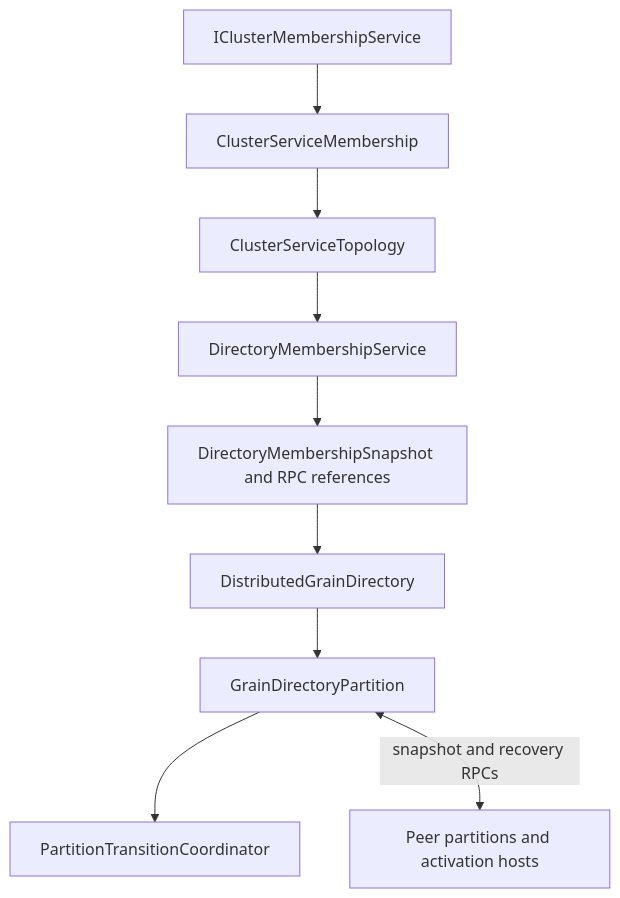
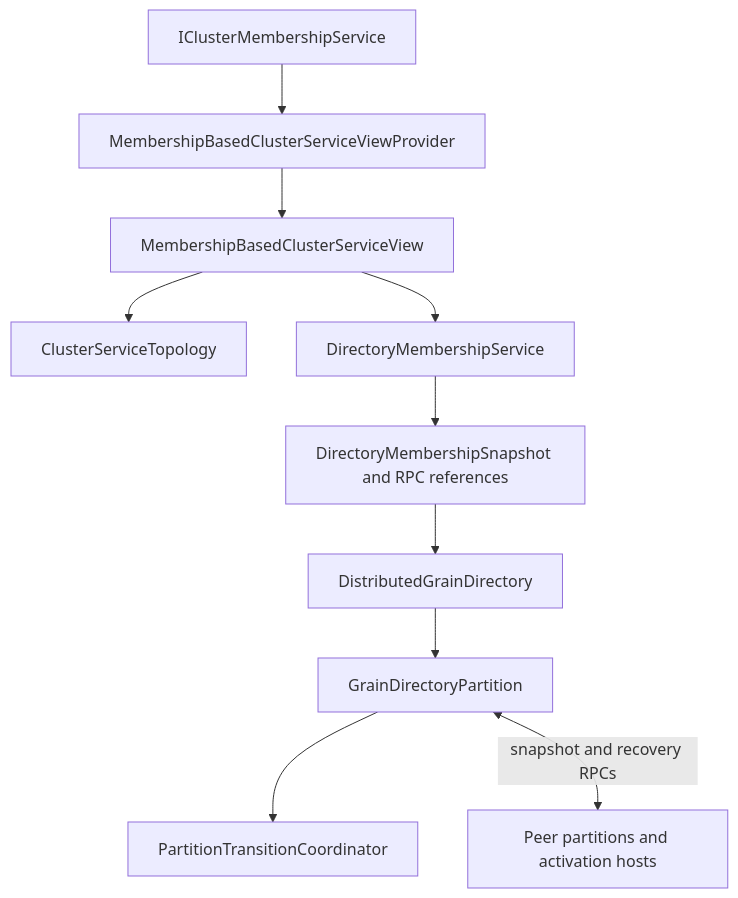
The first of 2 diagrams in docs/site/src/content/docs/implementation/view-synchronous-cluster-services.md (ReubenBond/orleans), drawn with Mermaid before and after one commit. The commit also changed other lines of this file and 20 other files, not shown here.

Commit message:
refactor(runtime): introduce per-service view providers

````diff
--- a/docs/site/src/content/docs/implementation/view-synchronous-cluster-services.md
+++ b/docs/site/src/content/docs/implementation/view-synchronous-cluster-services.md
@@ -87,11 +109,12 @@
 ```mermaid
 flowchart TD
-    Membership[IClusterMembershipService] --> Projection[ClusterServiceMembership]
-    Projection --> Topology[ClusterServiceTopology]
-    Topology --> Adapter[DirectoryMembershipService]
+    Membership[IClusterMembershipService] --> Projection[MembershipBasedClusterServiceViewProvider]
+    Projection --> View[MembershipBasedClusterServiceView]
+    View --> Topology[ClusterServiceTopology]
+    View --> Adapter[DirectoryMembershipService]
     Adapter --> Routing[DirectoryMembershipSnapshot and RPC references]
     Routing --> Directory[DistributedGrainDirectory]
     Directory --> Partition[GrainDirectoryPartition]
     Partition --> Gates[PartitionTransitionCoordinator]
     Partition <-->|snapshot and recovery RPCs| Peers[Peer partitions and activation hosts]
 ```
````
